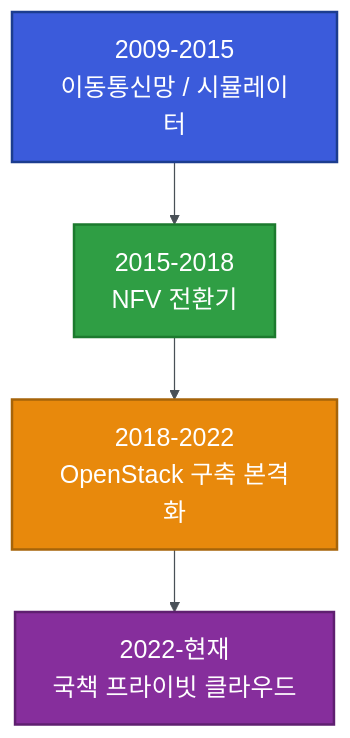
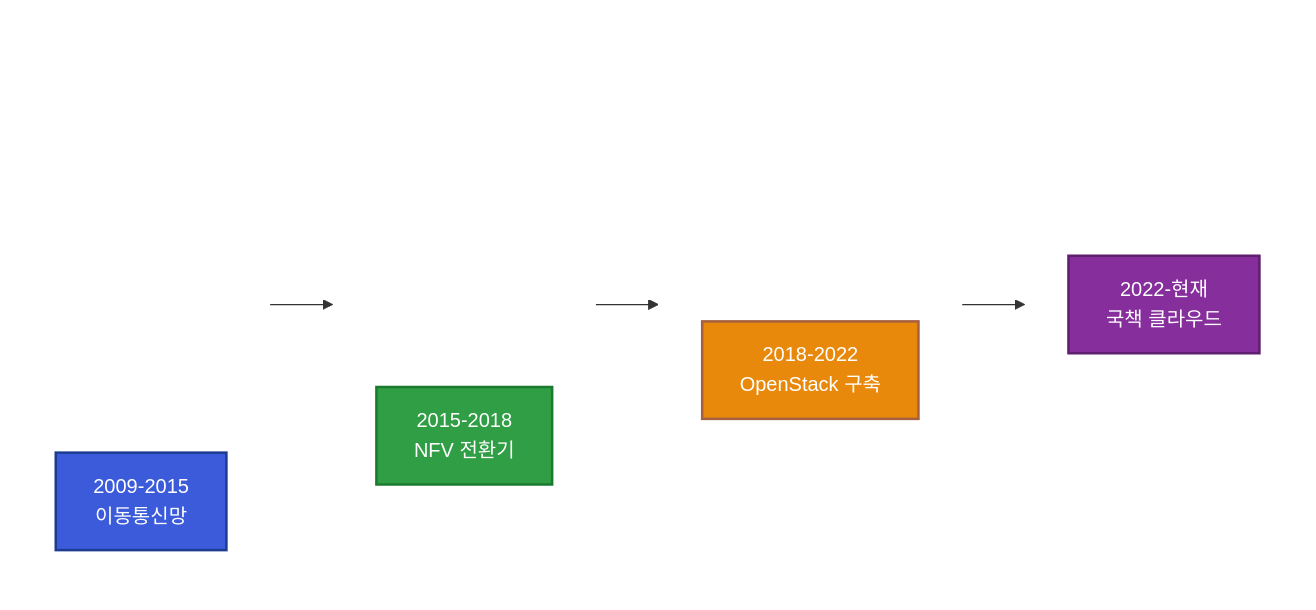
Before and after one commit to hkjeon/pf-mkdocs: the diagram in docs/about/career.md, drawn with Mermaid.

Commit message:
redesign: 도메인 전환 궤적을 계단식(staircase) 우상향 성장 다이어그램으로 변경

````diff
--- a/docs/about/career.md
+++ b/docs/about/career.md
@@ -7,19 +7,41 @@
 ```mermaid
-%%{init: {'theme':'base', 'themeVariables': {'fontSize':'20px','fontFamily':'\"Malgun Gothic\", \"Apple SD Gothic Neo\", sans-serif','primaryColor':'#3b5bdb','primaryTextColor':'#ffffff','primaryBorderColor':'#1c3d8f','lineColor':'#495057'}}}%%
-flowchart TD
-    A["2009-2015
-이동통신망 / 시뮬레이터"]
-    B["2015-2018
-NFV 전환기"]
-    C["2018-2022
-OpenStack 구축 본격화"]
-    D["2022-현재
-국책 프라이빗 클라우드"]
+%%{init: {'theme':'base', 'themeVariables': {'fontSize':'20px','fontFamily':'"Malgun Gothic", "Apple SD Gothic Neo", sans-serif','primaryColor':'#3b5bdb','primaryTextColor':'#ffffff','primaryBorderColor':'#1c3d8f','lineColor':'#495057'}}}%%
+flowchart LR
+    subgraph g1[" "]
+    direction TB
+    sp1a[ ]:::spacer
+    sp1b[ ]:::spacer
+    sp1c[ ]:::spacer
+    A["2009-2015<br/>이동통신망"]:::s1
+    sp1a ~~~ sp1b ~~~ sp1c ~~~ A
+    end
+    subgraph g2[" "]
+    direction TB
+    sp2a[ ]:::spacer
+    sp2b[ ]:::spacer
+    B["2015-2018<br/>NFV 전환기"]:::s2
+    sp2a ~~~ sp2b ~~~ B
+    end
+    subgraph g3[" "]
+    direction TB
+    sp3a[ ]:::spacer
+    C["2018-2022<br/>OpenStack 구축"]:::s3
+    sp3a ~~~ C
+    end
+    subgraph g4[" "]
+    direction TB
+    D["2022-현재<br/>국책 클라우드"]:::s4
+    end
 
     A --> B --> C --> D
 
-    style A fill:#3b5bdb,color:#ffffff,stroke:#1c3d8f,stroke-width:2px
-    style B fill:#2f9e44,color:#ffffff,stroke:#1c7a2e,stroke-width:2px
-    style C fill:#e8890c,color:#ffffff,stroke:#a6640a,stroke-width:2px
-    style D fill:#862e9c,color:#ffffff,stroke:#5f1f70,stroke-width:2px
+    classDef spacer fill:none,stroke:none
+    classDef s1 fill:#3b5bdb,color:#ffffff,stroke:#1c3d8f,stroke-width:2px
+    classDef s2 fill:#2f9e44,color:#ffffff,stroke:#1c7a2e,stroke-width:2px
+    classDef s3 fill:#e8890c,color:#ffffff,stroke:#a66040,stroke-width:2px
+    classDef s4 fill:#862e9c,color:#ffffff,stroke:#5f1f70,stroke-width:2px
+    style g1 fill:none,stroke:none
+    style g2 fill:none,stroke:none
+    style g3 fill:none,stroke:none
+    style g4 fill:none,stroke:none
 ```
````
